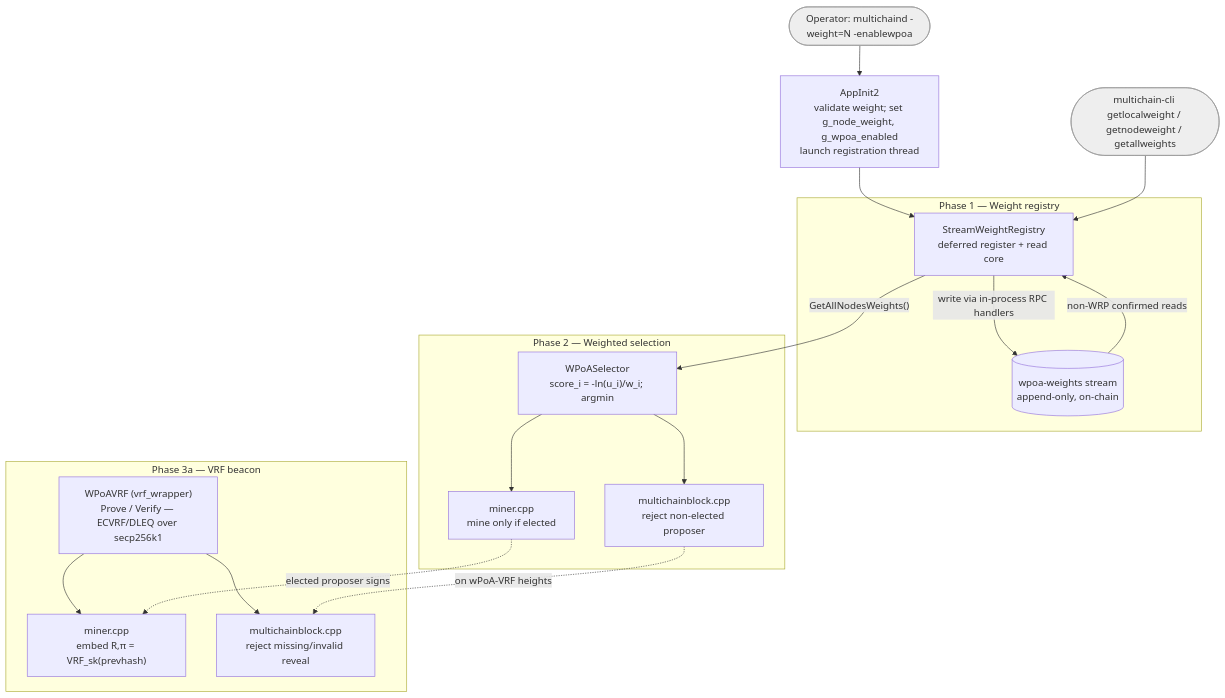
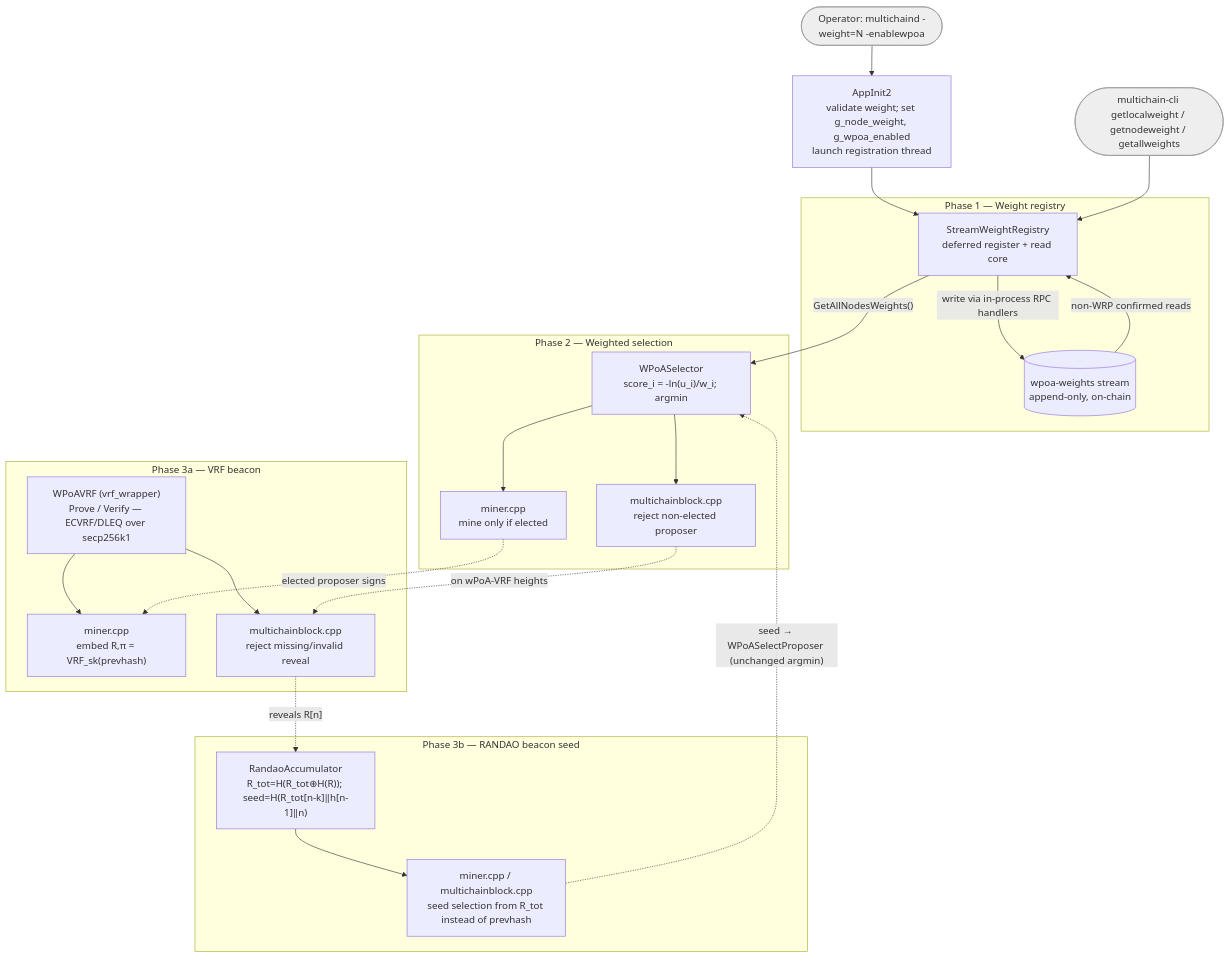
One commit to FeMattu/multichain changed the diagram in src/wpoa/README.md. Above: the diagram before and after it, drawn with Mermaid. The commit also changed other lines of this file and 14 other files, not shown here.

````diff
--- a/src/wpoa/README.md
+++ b/src/wpoa/README.md
@@ -64,36 +72,44 @@
 ```mermaid
 flowchart TD
     OP([Operator: multichaind -weight=N -enablewpoa]):::ext --> INIT
     INIT["AppInit2<br/>validate weight; set g_node_weight, g_wpoa_enabled<br/>launch registration thread"]
 
     subgraph P1 [Phase 1 — Weight registry]
         REG["StreamWeightRegistry<br/>deferred register + read core"]
         STREAM[(wpoa-weights stream<br/>append-only, on-chain)]
         REG -->|write via in-process RPC handlers| STREAM
         STREAM -->|non-WRP confirmed reads| REG
     end
 
     subgraph P2 [Phase 2 — Weighted selection]
         SEL["WPoASelector<br/>score_i = -ln(u_i)/w_i; argmin"]
         MINE["miner.cpp<br/>mine only if elected"]
         VAL["multichainblock.cpp<br/>reject non-elected proposer"]
         SEL --> MINE
         SEL --> VAL
     end
 
     subgraph P3A [Phase 3a — VRF beacon]
         VRF["WPoAVRF (vrf_wrapper)<br/>Prove / Verify — ECVRF/DLEQ over secp256k1"]
         MVRF["miner.cpp<br/>embed R,π = VRF_sk(prevhash)"]
         VVRF["multichainblock.cpp<br/>reject missing/invalid reveal"]
         VRF --> MVRF
         VRF --> VVRF
     end
 
+    subgraph P3B [Phase 3b — RANDAO beacon seed]
+        RND["RandaoAccumulator<br/>R_tot=H(R_tot⊕H(R)); seed=H(R_tot[n-k]‖h[n-1]‖n)"]
+        RSEED["miner.cpp / multichainblock.cpp<br/>seed selection from R_tot instead of prevhash"]
+        RND --> RSEED
+    end
+
     INIT --> REG
     REG -->|"GetAllNodesWeights()"| SEL
     MINE -.->|"elected proposer signs"| MVRF
     VAL -.->|"on wPoA-VRF heights"| VVRF
+    VVRF -.->|"reveals R[n]"| RND
+    RSEED -.->|"seed &rarr; WPoASelectProposer (unchanged argmin)"| SEL
     CLI([multichain-cli getlocalweight / getnodeweight / getallweights]):::ext --> REG
 
     classDef ext fill:#eee,stroke:#999,color:#333;
 ```
````
